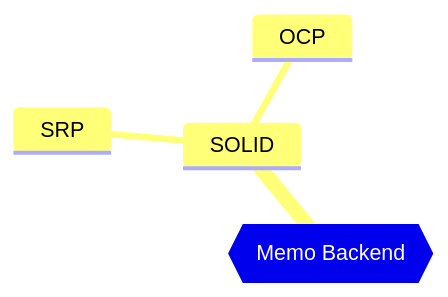
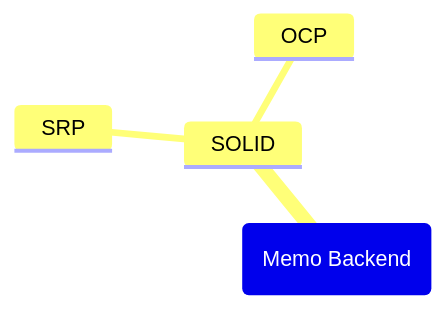
One commit to urrestarazu-alejandro/memo-backend changed the diagram in pages/mapamental.md. Above: the diagram before and after it, drawn with Mermaid.

Commit message:
cambio la forma de la raiz mapa mental

````diff
--- a/pages/mapamental.md
+++ b/pages/mapamental.md
@@ -10,8 +10,8 @@
 ```mermaid
 mindmap
-  root{{Memo Backend}}
+  root(Memo Backend)
     SOLID
     ::icon(fas fa-yin-yang)
         SRP
         OCP
 ```  
````
